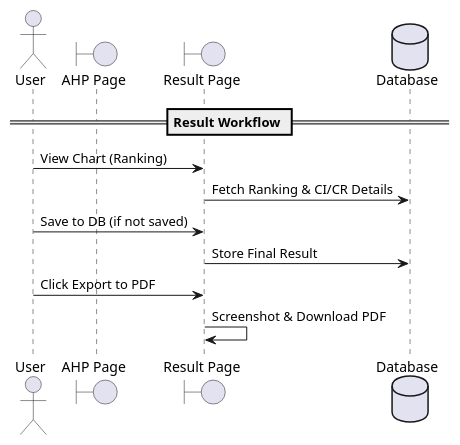
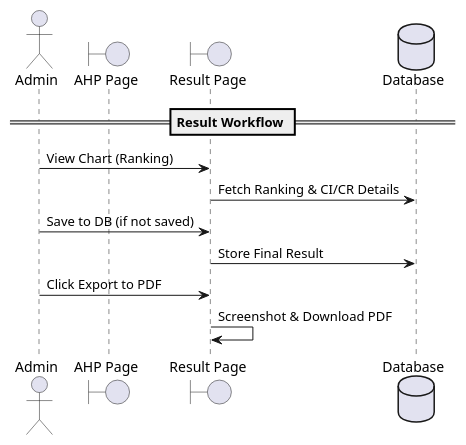
One commit to ren-zi-fa/spk-ahp-gis changed the diagram in diagram/sq-5.puml. Above: the diagram before and after it, drawn with PlantUML. The commit also changed 14 other files, not shown here.

```diff
--- a/diagram/sq-5.puml
+++ b/diagram/sq-5.puml
@@ -1,17 +1,17 @@
 @startuml
-actor User
+actor Admin
 
 
 boundary "AHP Page" as AHPPage
 boundary "Result Page" as ResultPage
 database Database as Database
 
 == Result Workflow ==
-User -> ResultPage : View Chart (Ranking)
+Admin -> ResultPage : View Chart (Ranking)
 ResultPage -> Database : Fetch Ranking & CI/CR Details
-User -> ResultPage : Save to DB (if not saved)
+Admin -> ResultPage : Save to DB (if not saved)
 ResultPage -> Database : Store Final Result
-User -> ResultPage : Click Export to PDF
+Admin -> ResultPage : Click Export to PDF
 ResultPage -> ResultPage : Screenshot & Download PDF
 
 @enduml
```
